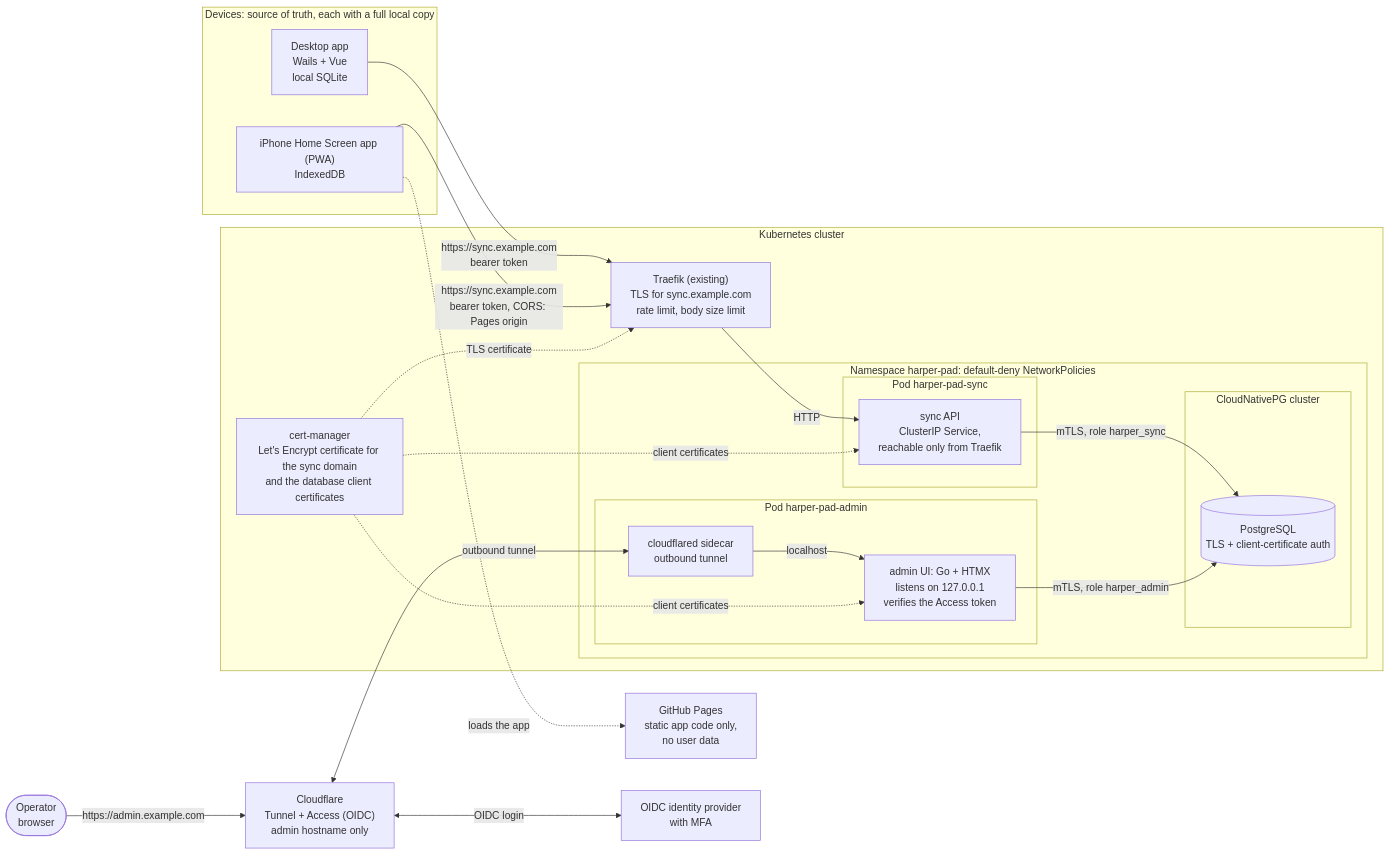
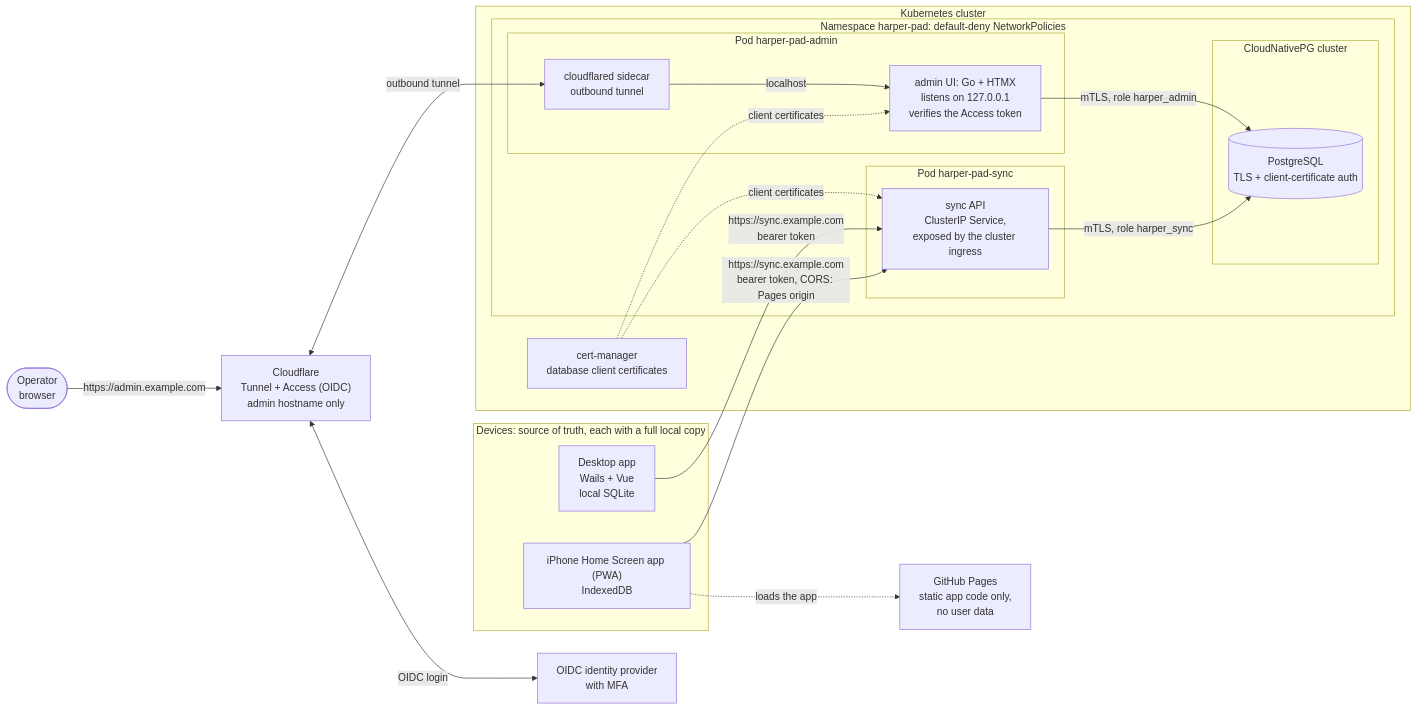
Before and after one commit to cthtrifork/harper-pad: the first of 2 diagrams in docs/sync.md, drawn with Mermaid. The commit also changed other lines of this file and 1 other file, not shown here.

First line of the commit message:
docs(sync): treat the ingress controller as existing infrastructure

````diff
--- a/docs/sync.md
+++ b/docs/sync.md
@@ -77,42 +77,39 @@
 ```mermaid
 flowchart LR
   subgraph clients["Devices: source of truth, each with a full local copy"]
     desktop["Desktop app<br/>Wails + Vue<br/>local SQLite"]
     pwa["iPhone Home Screen app (PWA)<br/>IndexedDB"]
   end
   pages["GitHub Pages<br/>static app code only,<br/>no user data"]
   operator(["Operator<br/>browser"])
   idp["OIDC identity provider<br/>with MFA"]
   cf["Cloudflare<br/>Tunnel + Access (OIDC)<br/>admin hostname only"]
 
   subgraph cluster["Kubernetes cluster"]
-    traefik["Traefik (existing)<br/>TLS for sync.example.com<br/>rate limit, body size limit"]
-    cm["cert-manager<br/>Let's Encrypt certificate for the sync domain<br/>and the database client certificates"]
+    cm["cert-manager<br/>database client certificates"]
     subgraph ns["Namespace harper-pad: default-deny NetworkPolicies"]
       subgraph apipod["Pod harper-pad-sync"]
-        api["sync API<br/>ClusterIP Service,<br/>reachable only from Traefik"]
+        api["sync API<br/>ClusterIP Service,<br/>exposed by the cluster ingress"]
       end
       subgraph adminpod["Pod harper-pad-admin"]
         cfd["cloudflared sidecar<br/>outbound tunnel"]
         admin["admin UI: Go + HTMX<br/>listens on 127.0.0.1<br/>verifies the Access token"]
       end
       subgraph cnpg["CloudNativePG cluster"]
         pg[("PostgreSQL<br/>TLS + client-certificate auth")]
       end
     end
   end
 
   pwa -. "loads the app" .-> pages
-  desktop -->|"https://sync.example.com<br/>bearer token"| traefik
-  pwa -->|"https://sync.example.com<br/>bearer token, CORS: Pages origin"| traefik
-  traefik -->|"HTTP"| api
-  cm -. "TLS certificate" .-> traefik
+  desktop -->|"https://sync.example.com<br/>bearer token"| api
+  pwa -->|"https://sync.example.com<br/>bearer token, CORS: Pages origin"| api
   operator -->|"https://admin.example.com"| cf
   cf <-->|"OIDC login"| idp
   cf <-->|"outbound tunnel"| cfd
   cfd -->|"localhost"| admin
   api -->|"mTLS, role harper_sync"| pg
   admin -->|"mTLS, role harper_admin"| pg
   cm -. "client certificates" .-> api
   cm -. "client certificates" .-> admin
 ```
````
